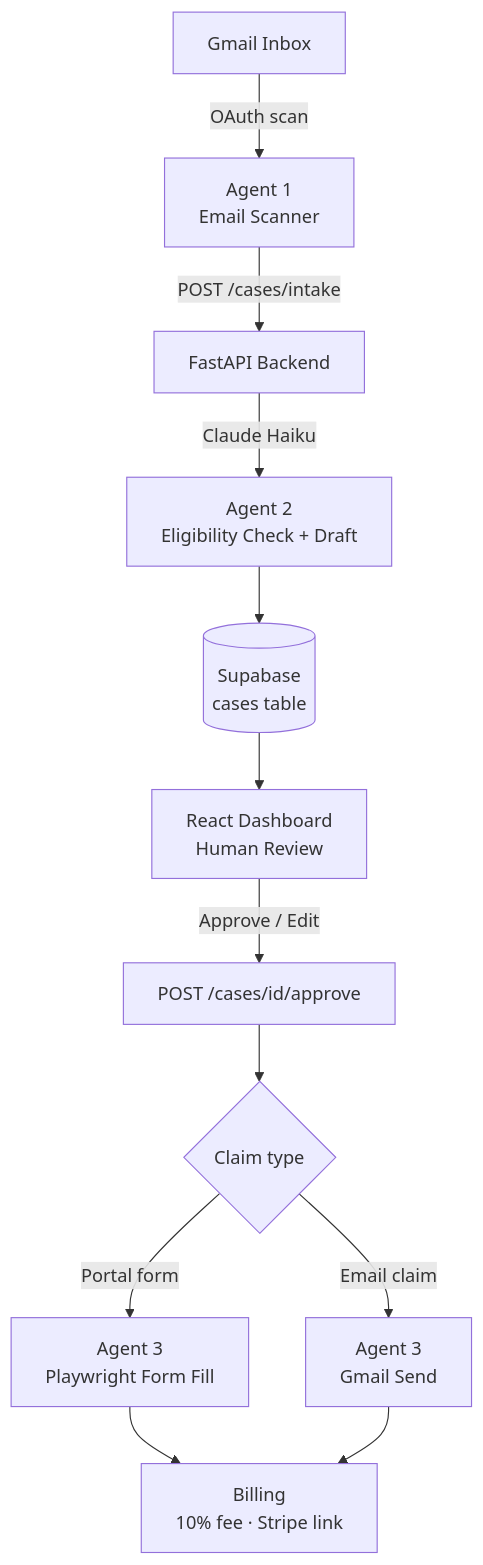
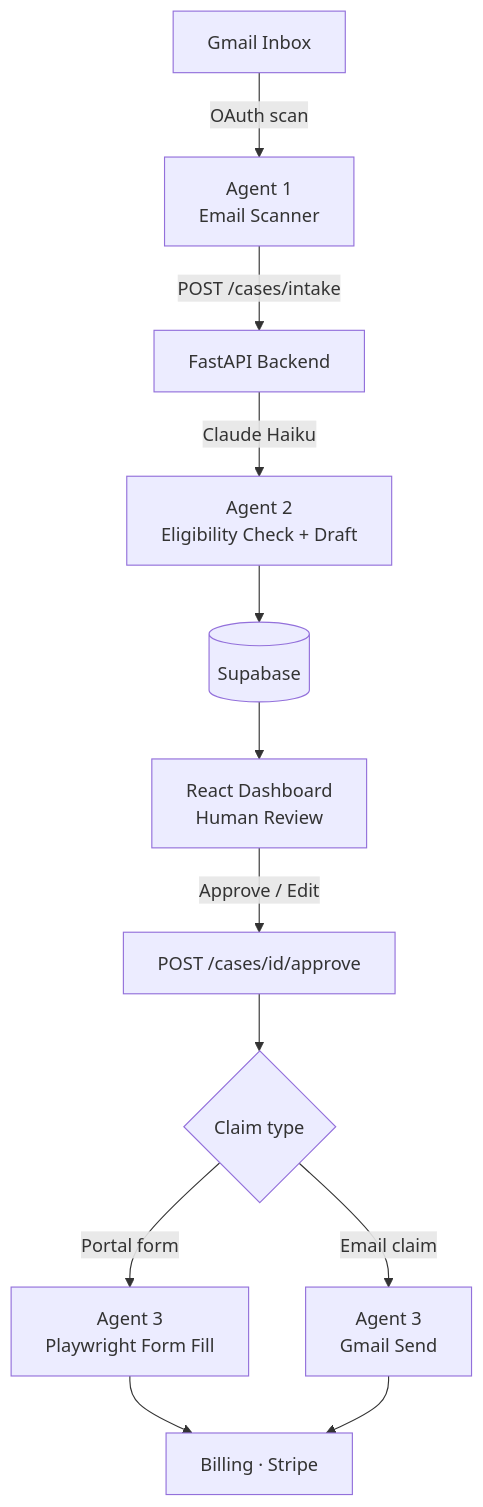
The diagram in README.md (rita-berrada/CompensAI), drawn with Mermaid before and after one commit. The commit also changed other lines of this file, not shown here.

````diff
--- a/README.md
+++ b/README.md
@@ -17,14 +110,14 @@
 ```mermaid
 flowchart TD
     A[Gmail Inbox] -->|OAuth scan| B[Agent 1\nEmail Scanner]
     B -->|POST /cases/intake| C[FastAPI Backend]
     C -->|Claude Haiku| D[Agent 2\nEligibility Check + Draft]
-    D --> E[(Supabase\ncases table)]
+    D --> E[(Supabase)]
     E --> F[React Dashboard\nHuman Review]
     F -->|Approve / Edit| G[POST /cases/id/approve]
     G --> H{Claim type}
     H -->|Portal form| I[Agent 3\nPlaywright Form Fill]
     H -->|Email claim| J[Agent 3\nGmail Send]
-    I --> K[Billing\n10% fee · Stripe link]
+    I --> K[Billing · Stripe]
     J --> K
 ```
````
